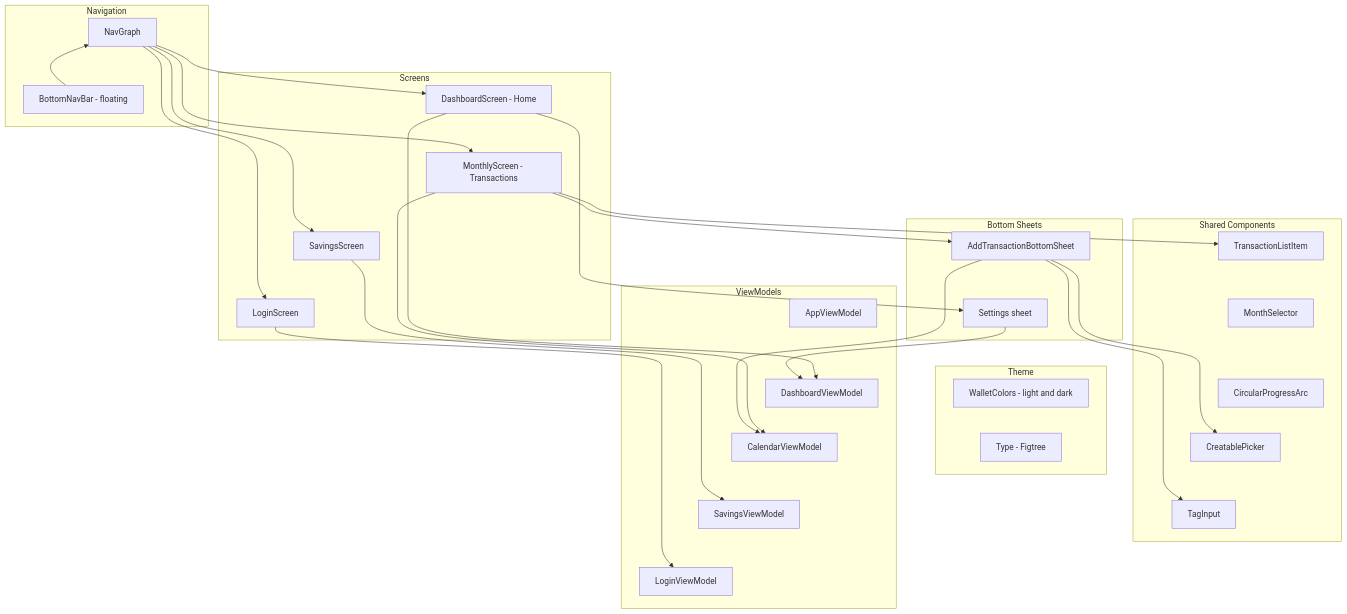
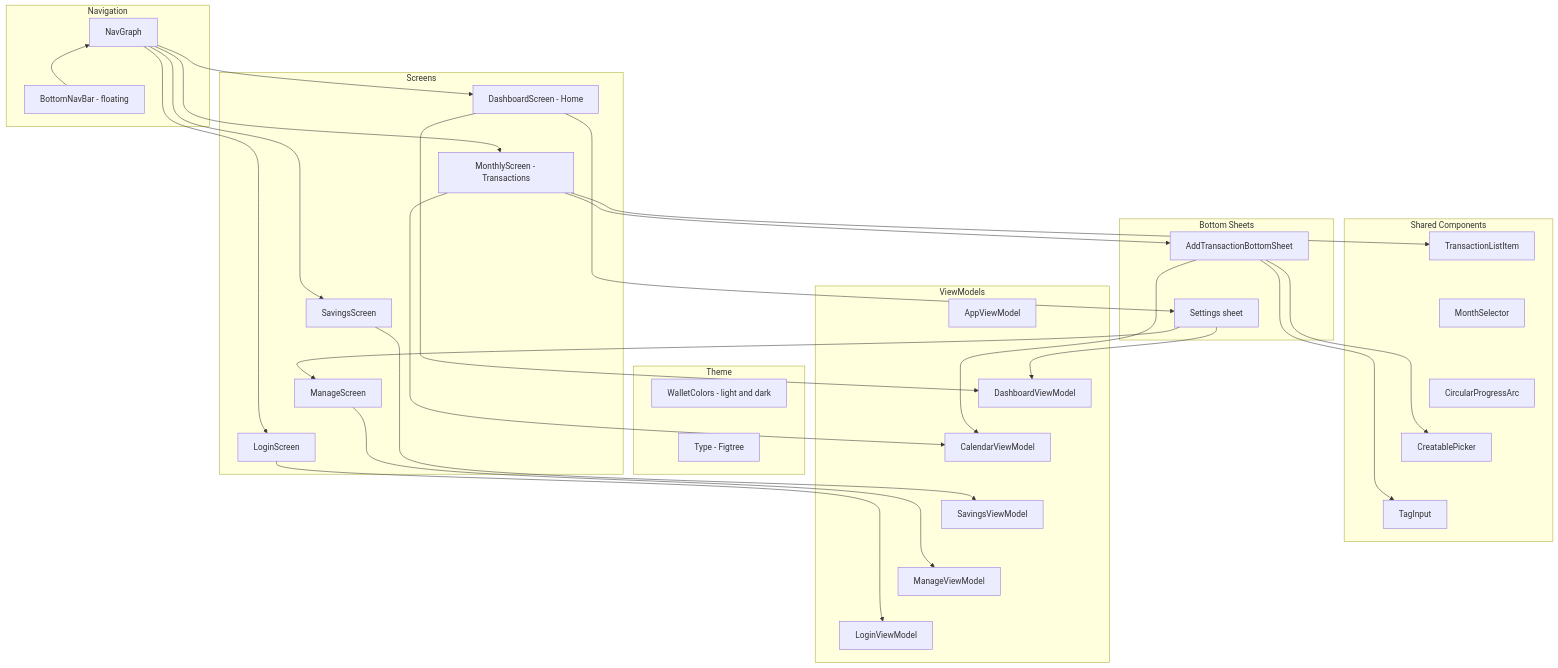
One commit to JFfarrell/financesApp changed the diagram in docs/architecture/04_ui.md. Above: the diagram before and after it, drawn with Mermaid. The commit also changed other lines of this file and 37 other files, not shown here.

````diff
--- a/docs/architecture/04_ui.md
+++ b/docs/architecture/04_ui.md
@@ -5,62 +5,66 @@
 ```mermaid
 graph TD
 
     subgraph Theme["Theme"]
         WC["WalletColors - light and dark"]
         WC ~~~ TY["Type - Figtree"]
     end
 
     subgraph Navigation["Navigation"]
         NG["NavGraph"]
         NG ~~~ BNB["BottomNavBar - floating"]
     end
 
     subgraph Screens["Screens"]
         DS["DashboardScreen - Home"]
         DS ~~~ MS["MonthlyScreen - Transactions"]
         MS ~~~ SS["SavingsScreen"]
-        SS ~~~ LS["LoginScreen"]
+        SS ~~~ MG["ManageScreen"]
+        MG ~~~ LS["LoginScreen"]
     end
 
     subgraph Sheets["Bottom Sheets"]
         ATS["AddTransactionBottomSheet"]
         ATS ~~~ SET["Settings sheet"]
     end
 
     subgraph Components["Shared Components"]
         TLI["TransactionListItem"]
         TLI ~~~ MS2["MonthSelector"]
         MS2 ~~~ CPA["CircularProgressArc"]
         CPA ~~~ CP["CreatablePicker"]
         CP ~~~ TI["TagInput"]
     end
 
     subgraph ViewModels["ViewModels"]
         AVM["AppViewModel"]
         AVM ~~~ DVM["DashboardViewModel"]
         DVM ~~~ CVM["CalendarViewModel"]
         CVM ~~~ SVM["SavingsViewModel"]
-        SVM ~~~ LVM["LoginViewModel"]
+        SVM ~~~ MVM["ManageViewModel"]
+        MVM ~~~ LVM["LoginViewModel"]
     end
 
     BNB --> NG
     NG --> DS
     NG --> MS
     NG --> SS
     NG --> LS
 
     DS --> DVM
     DS --> SET
     SET --> DVM
     MS --> CVM
     SS --> SVM
     LS --> LVM
+    MG --> MVM
+    SET --> MG
 
     MS --> ATS
     ATS --> CP
     ATS --> TI
     ATS --> CVM
     MS --> TLI
 
     AVM ~~~ WC
 ```
````
